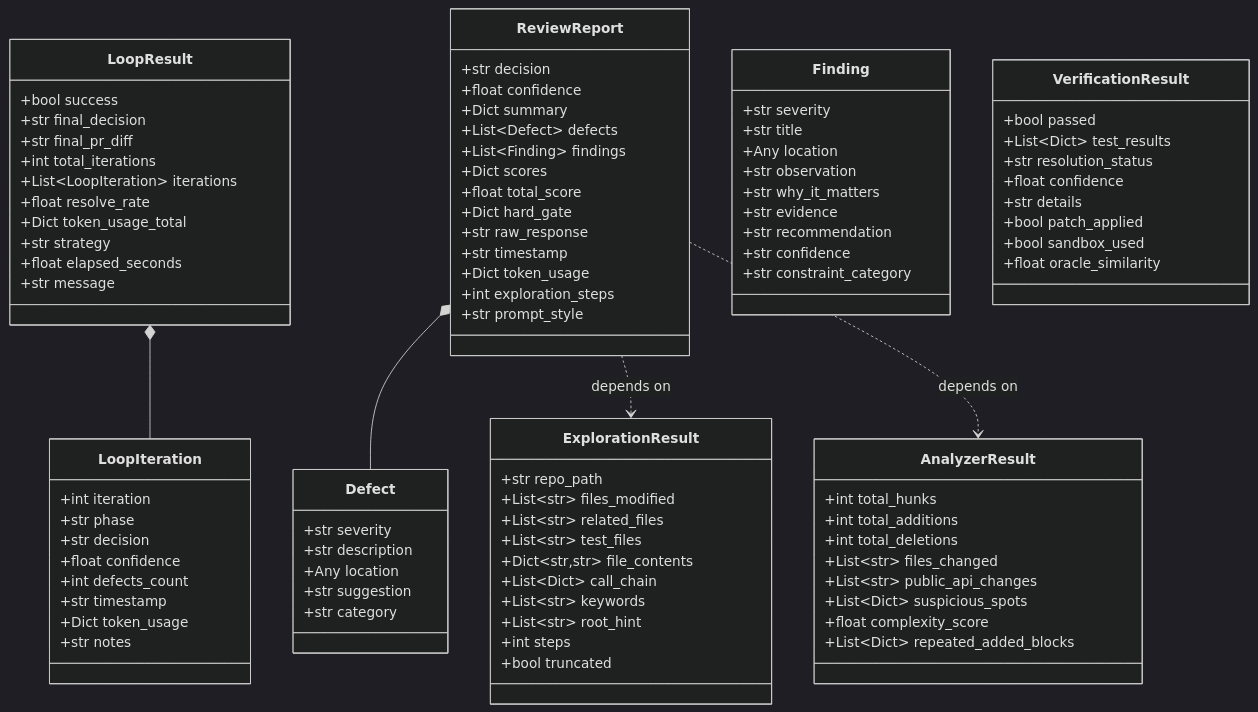
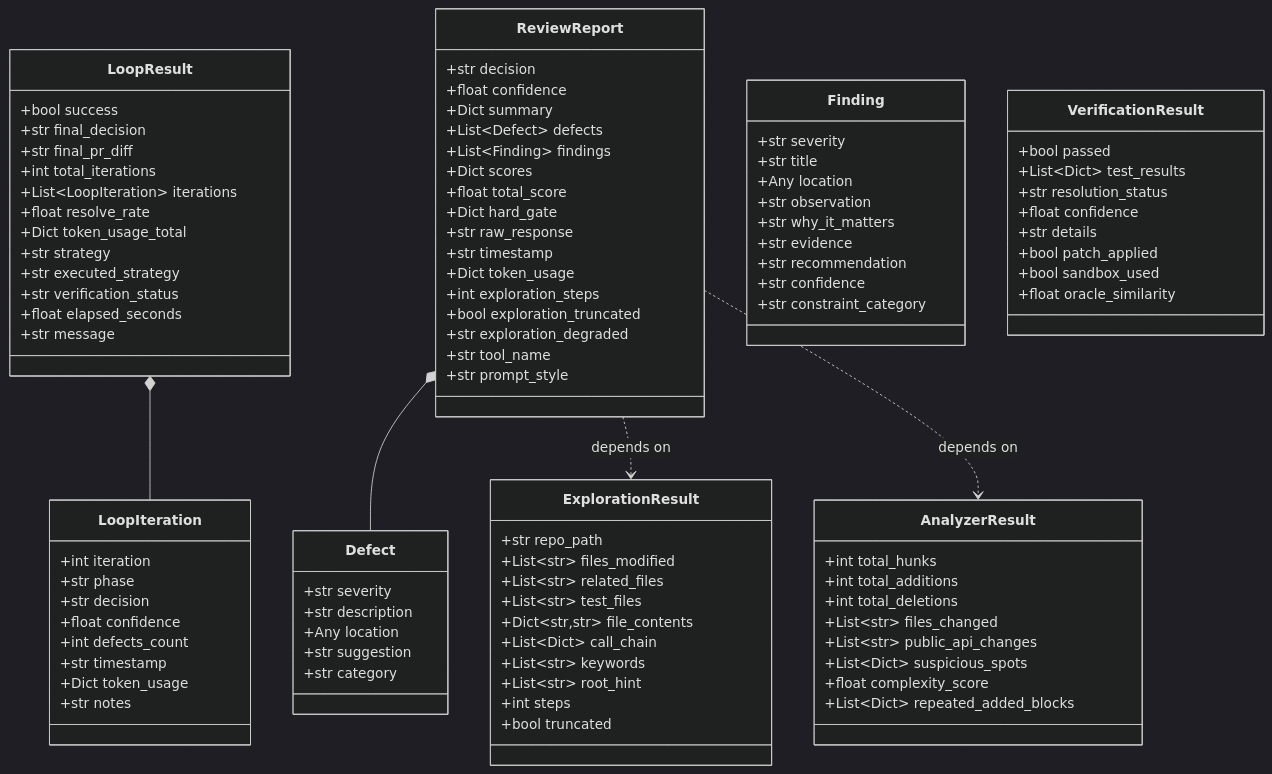
One commit to KevinZhangNothing/swe-review-plugin changed the eighth of 14 diagrams in README.md. Above: the diagram before and after it, drawn with Mermaid (dark theme). The commit also changed other lines of this file and 5 other files, not shown here.

```diff
--- a/README.md
+++ b/README.md
@@ -274,6 +274,8 @@
         +float resolve_rate
         +Dict token_usage_total
         +str strategy
+        +str executed_strategy
+        +str verification_status
         +float elapsed_seconds
         +str message
     }
@@ -302,6 +304,9 @@
         +str timestamp
         +Dict token_usage
         +int exploration_steps
+        +bool exploration_truncated
+        +str exploration_degraded
+        +str tool_name
         +str prompt_style
     }
 
```
